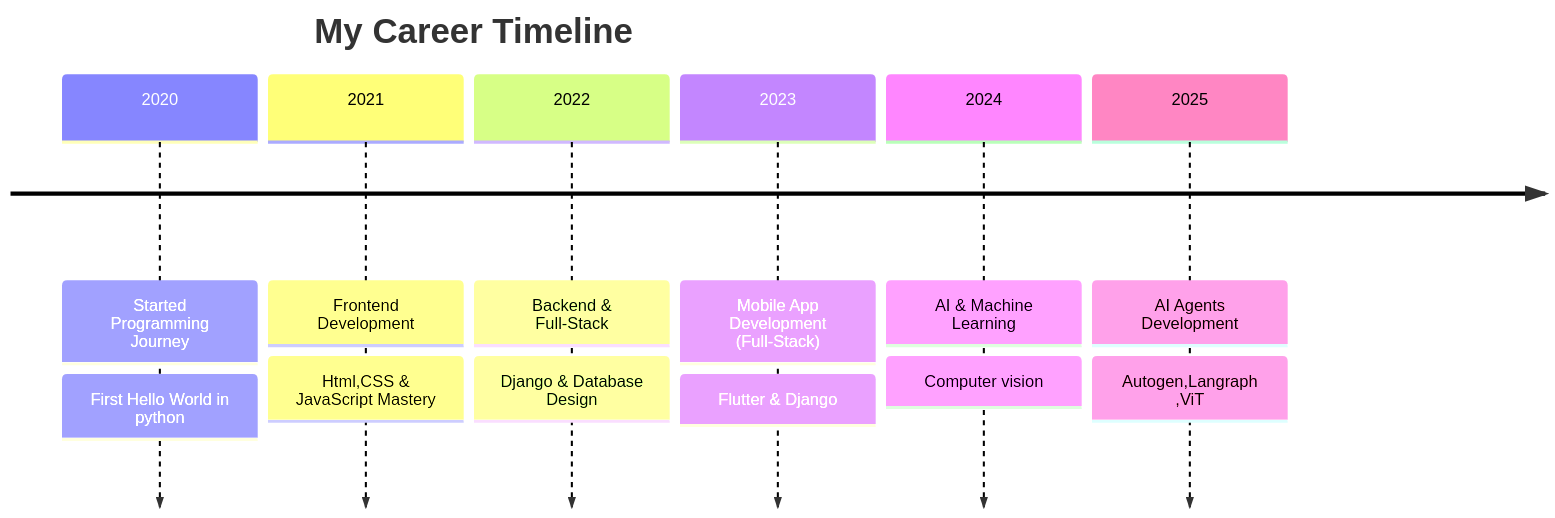
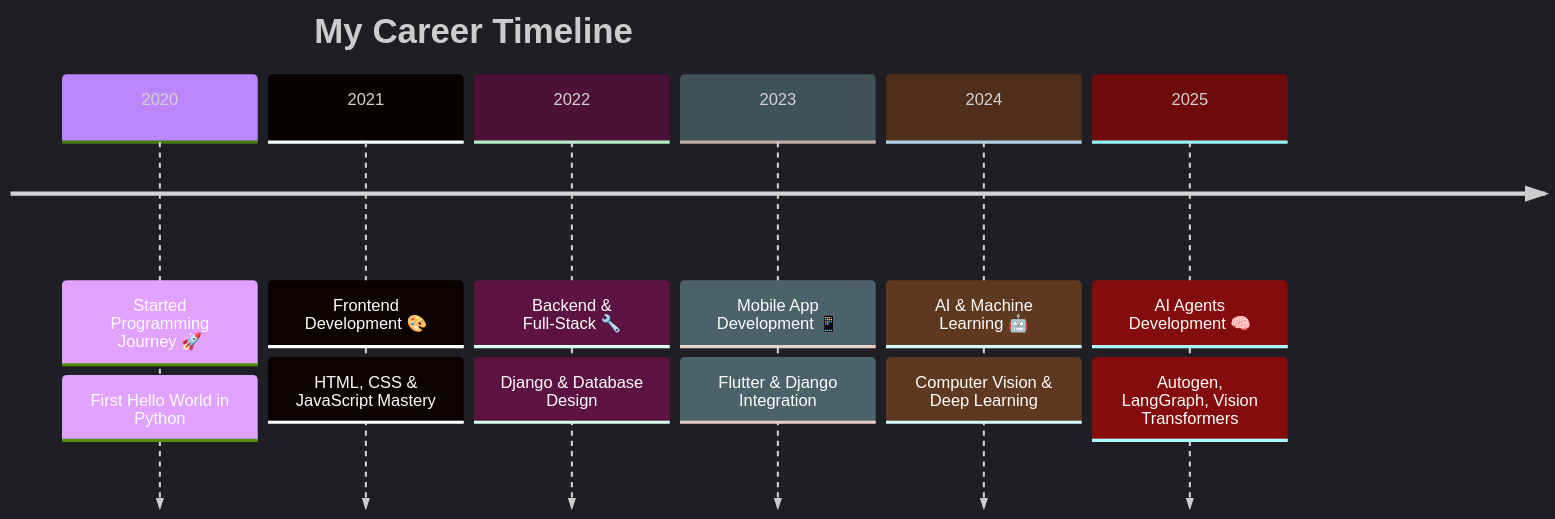
The diagram in README.md (kishore-klassy/kishore-klassy), drawn with Mermaid before and after one commit. The commit also changed other lines of this file, not shown here.

Commit message:
Refactor: Update README for dark theme and modern design

````diff
--- a/README.md
+++ b/README.md
@@ -88,16 +127,17 @@
 ```mermaid
+%%{init: {'theme':'dark', 'themeVariables': { 'primaryColor': '#bb86fc', 'primaryTextColor': '#ffffff', 'primaryBorderColor': '#bb86fc', 'lineColor': '#bb86fc', 'secondaryColor': '#1a1a1a', 'tertiaryColor': '#2d2d2d'}}}%%
 timeline
     title My Career Timeline
-    2020 : Started Programming Journey
-         : First Hello World in python
-    2021 : Frontend Development
-         : Html,CSS & JavaScript Mastery
-    2022 : Backend & Full-Stack
+    2020 : Started Programming Journey 🚀
+         : First Hello World in Python
+    2021 : Frontend Development 🎨
+         : HTML, CSS & JavaScript Mastery
+    2022 : Backend & Full-Stack 🔧
          : Django & Database Design
-    2023 : Mobile App Development (Full-Stack)
-         : Flutter & Django
-    2024 : AI & Machine Learning
-         : Computer vision
-    2025 : AI Agents Development
-         : Autogen,Langraph ,ViT
+    2023 : Mobile App Development 📱
+         : Flutter & Django Integration
+    2024 : AI & Machine Learning 🤖
+         : Computer Vision & Deep Learning
+    2025 : AI Agents Development 🧠
+         : Autogen, LangGraph, Vision Transformers
 ```
````
